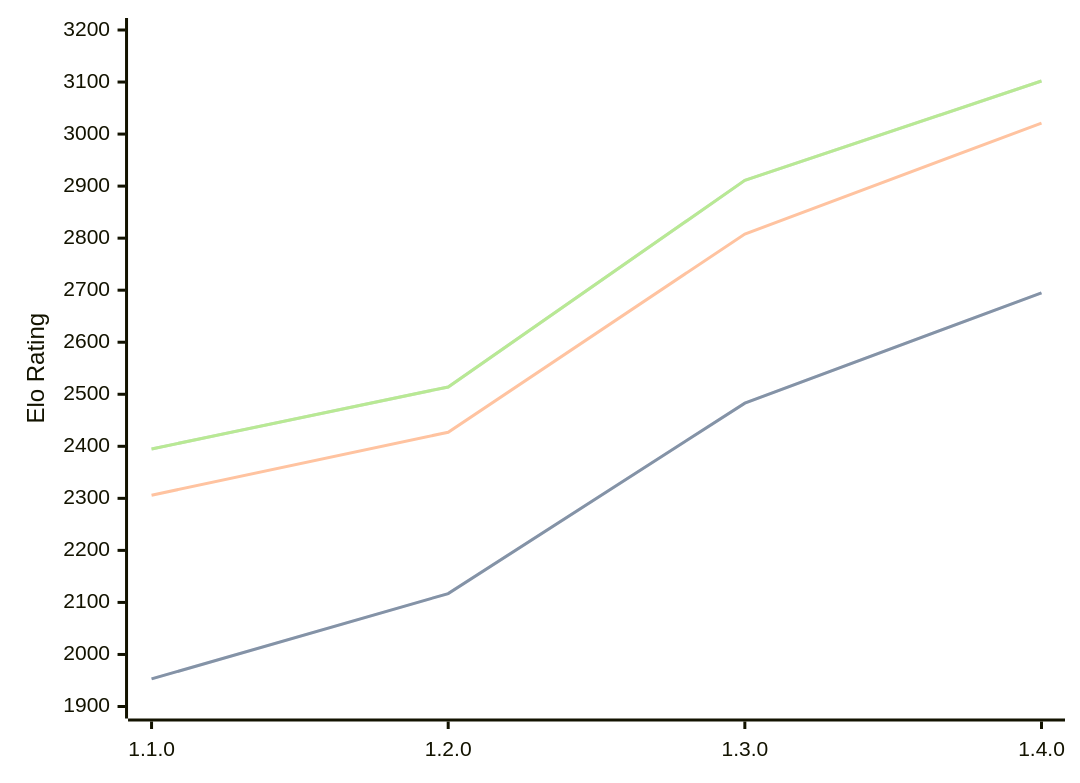
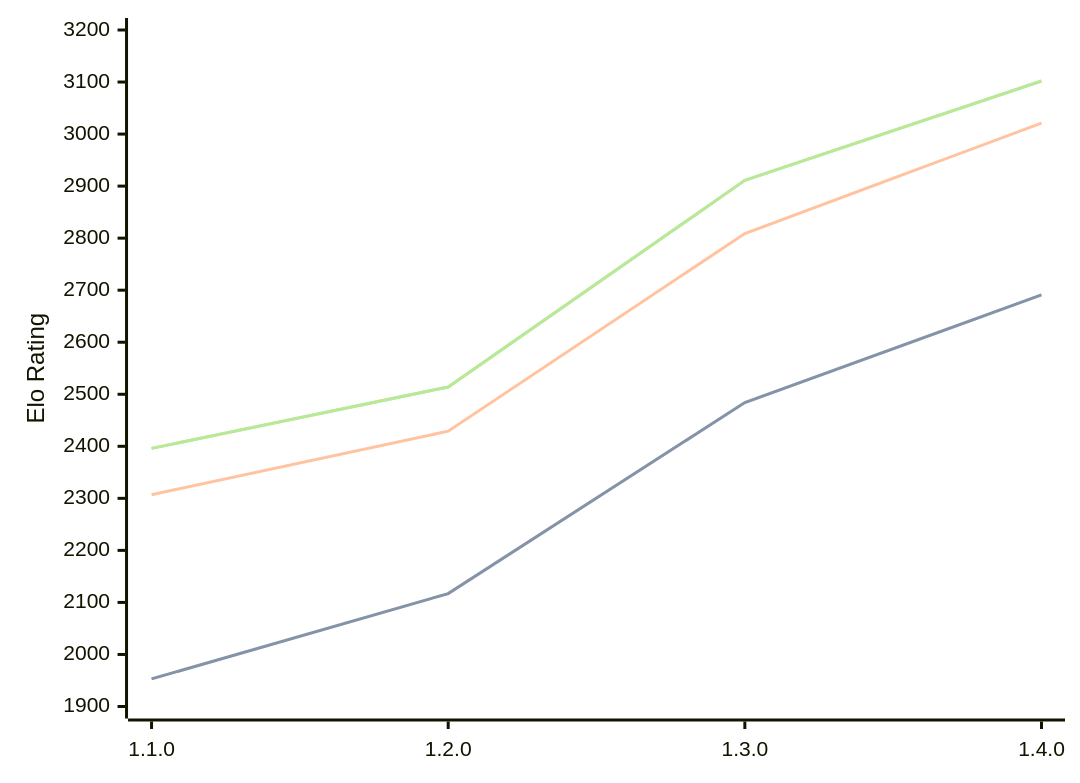
Before and after one commit to computer-chess-index/cci: the first of 3 diagrams in engines/Gyatso.md, drawn with Mermaid. The commit also changed other lines of this file, not shown here.

Commit message:
Update CCI Ratings (ELO VLTC) - 2026-07-09

````diff
--- a/engines/Gyatso.md
+++ b/engines/Gyatso.md
@@ -35,11 +35,11 @@
 ```mermaid
 %%{init: {"theme":"base","themeVariables":{"seriesColors:['#a3a3a3','#222221','#faa371']}}}%%
 xychart-beta
   x-axis ["1.1.0", "1.2.0", "1.3.0", "1.4.0"]
   y-axis "Elo Rating" 1900 --> 3200
-  line "STC (8.0+0.08s)" [1953, 2117, 2483, 2695]
-  line "STC (8.0+0.08s)" [1953, 2117, 2483, 2695]
-  line "LTC (60.0+0.60s)" [2306, 2427, 2808, 3021]
-  line "VLTC (2m24s+1.12s)" [2395, 2514, 2911, 3102]
-  line "VLTC (2m24s+1.12s)" [2395, 2514, 2911, 3102]
+  line "STC (8.0+0.08s)" [1953, 2117, 2484, 2691]
+  line "STC (8.0+0.08s)" [1953, 2117, 2484, 2691]
+  line "LTC (60.0+0.60s)" [2307, 2429, 2809, 3021]
+  line "VLTC (2m24s+1.12s)" [2396, 2514, 2911, 3102]
+  line "VLTC (2m24s+1.12s)" [2396, 2514, 2911, 3102]
 ```
````
